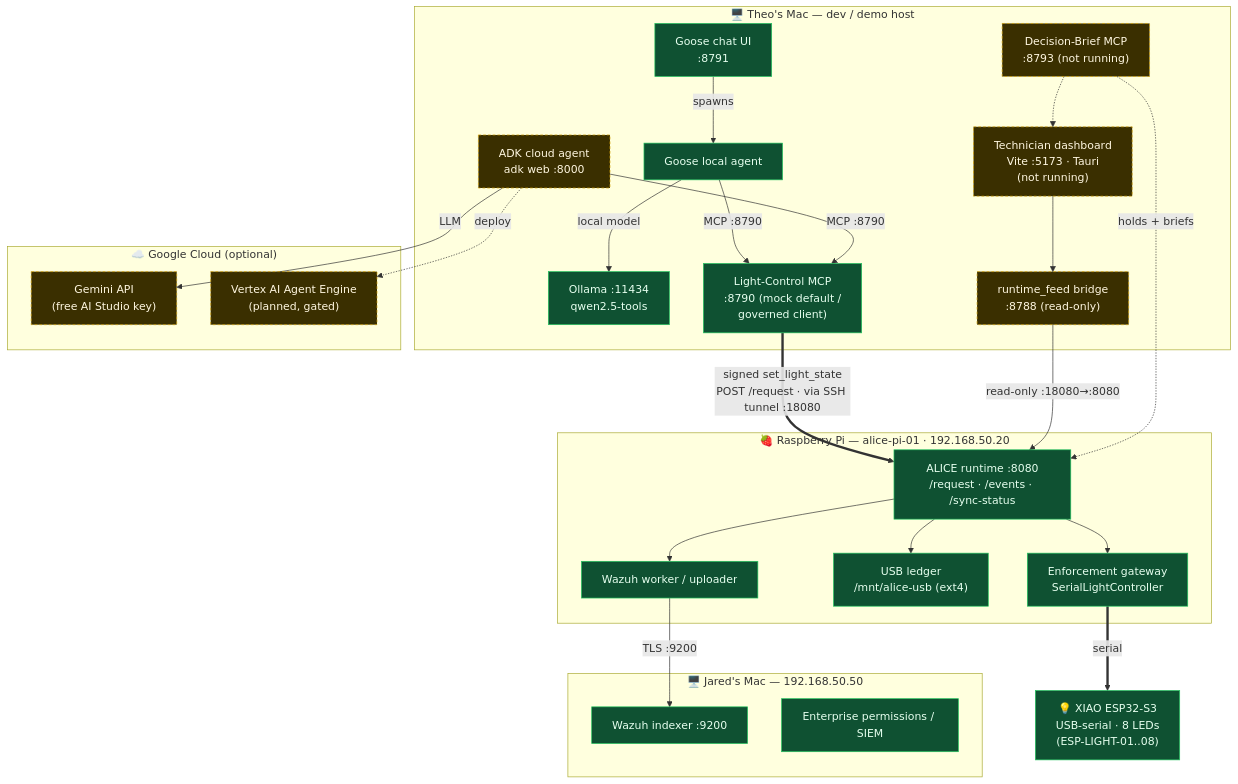
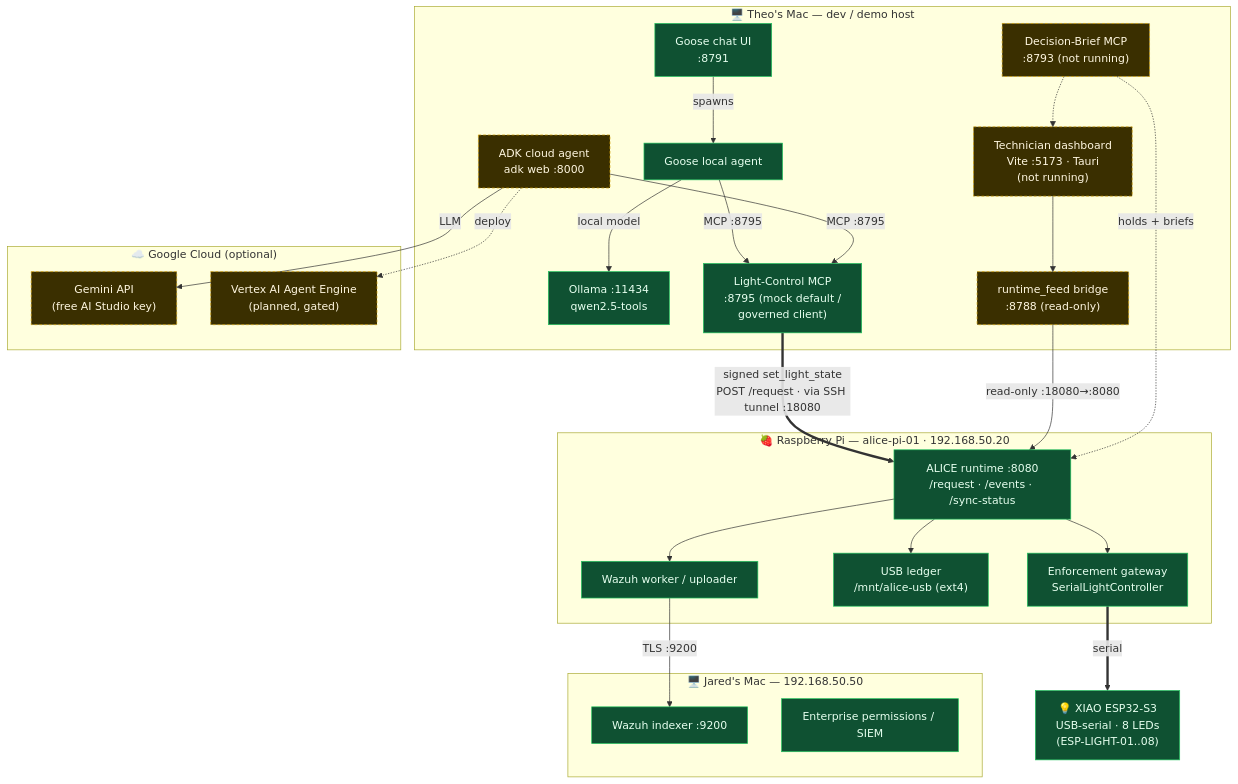
One commit to theoberk25/Alice changed the diagram in docs/agent-build/topology.md. Above: the diagram before and after it, drawn with Mermaid. The commit also changed other lines of this file and 44 other files, not shown here.

````diff
--- a/docs/agent-build/topology.md
+++ b/docs/agent-build/topology.md
@@ -7,59 +7,59 @@
 ```mermaid
 flowchart TB
     subgraph MAC["🖥️ Theo's Mac — dev / demo host"]
         GOOSE["Goose local agent"]
         CHAT["Goose chat UI<br/>:8791"]
         OLLAMA["Ollama :11434<br/>qwen2.5-tools"]
         ADK["ADK cloud agent<br/>adk web :8000"]
-        LMCP["Light-Control MCP<br/>:8790 (mock default /<br/>governed client)"]
+        LMCP["Light-Control MCP<br/>:8795 (mock default /<br/>governed client)"]
         DASH["Technician dashboard<br/>Vite :5173 · Tauri<br/>(not running)"]
         FEED["runtime_feed bridge<br/>:8788 (read-only)"]
         BMCP["Decision-Brief MCP<br/>:8793 (not running)"]
     end
 
     subgraph PI["🍓 Raspberry Pi — alice-pi-01 · 192.168.50.20"]
         RT["ALICE runtime :8080<br/>/request · /events · /sync-status"]
         ENF["Enforcement gateway<br/>SerialLightController"]
         LEDGER["USB ledger<br/>/mnt/alice-usb (ext4)"]
         WWK["Wazuh worker / uploader"]
     end
 
     ESP["💡 XIAO ESP32-S3<br/>USB-serial · 8 LEDs<br/>(ESP-LIGHT-01..08)"]
 
     subgraph JARED["🖥️ Jared's Mac — 192.168.50.50"]
         WAZ["Wazuh indexer :9200"]
         ENT["Enterprise permissions / SIEM"]
     end
 
     subgraph GCP["☁️ Google Cloud (optional)"]
         GEM["Gemini API<br/>(free AI Studio key)"]
         AE["Vertex AI Agent Engine<br/>(planned, gated)"]
     end
 
     %% agent -> tools
     CHAT -->|spawns| GOOSE
-    GOOSE -->|MCP :8790| LMCP
+    GOOSE -->|MCP :8795| LMCP
     GOOSE -->|local model| OLLAMA
-    ADK -->|MCP :8790| LMCP
+    ADK -->|MCP :8795| LMCP
     ADK -->|LLM| GEM
     ADK -.->|deploy| AE
 
     %% MCP -> ALICE (governed, recommended)
     LMCP ==>|signed set_light_state<br/>POST /request · via SSH tunnel :18080| RT
     RT --> ENF
     ENF ==>|serial| ESP
     RT --> LEDGER
     RT --> WWK
     WWK -->|TLS :9200| WAZ
 
     %% dashboard + brief
     FEED -->|read-only :18080→:8080| RT
     DASH --> FEED
     BMCP -.->|holds + briefs| RT
     BMCP -.-> DASH
 
     classDef live fill:#0f5132,stroke:#22c55e,color:#e6ffef;
     classDef planned fill:#3a2f00,stroke:#d1a000,color:#fff7e0,stroke-dasharray:4 3;
     class GOOSE,CHAT,OLLAMA,LMCP,RT,ENF,LEDGER,WWK,ESP,WAZ,ENT live;
     class ADK,DASH,FEED,BMCP,GEM,AE planned;
 ```
````
